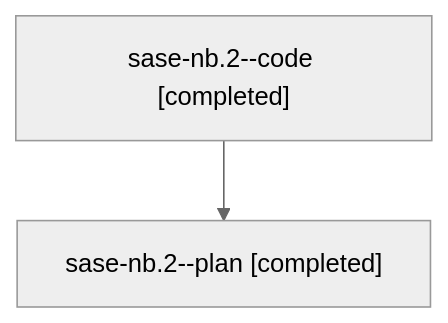
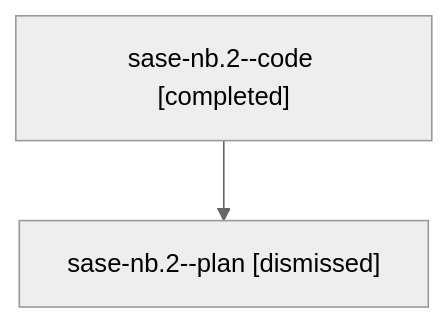
The diagram in families/bbugyi200.athena.sase-nb.2.md (sase-org/sase--agents), drawn with Mermaid (neutral theme) before and after one commit. The commit also changed other lines of this file and 287 other files, not shown here.

````diff
--- a/families/bbugyi200.athena.sase-nb.2.md
+++ b/families/bbugyi200.athena.sase-nb.2.md
@@ -9,6 +9,6 @@
 ```mermaid
 flowchart TD
   n0["sase-nb.2--code [completed]"]
-  n1["sase-nb.2--plan [completed]"]
+  n1["sase-nb.2--plan [dismissed]"]
   n0 --> n1
 ```
````
